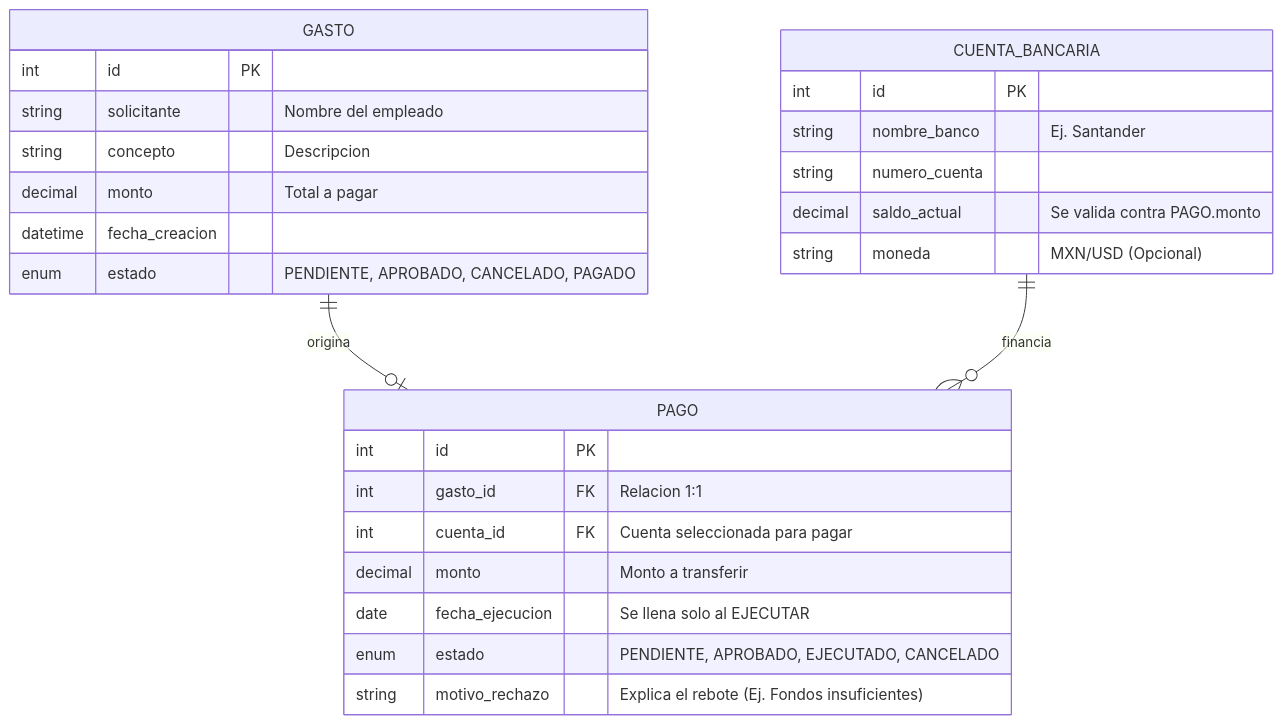
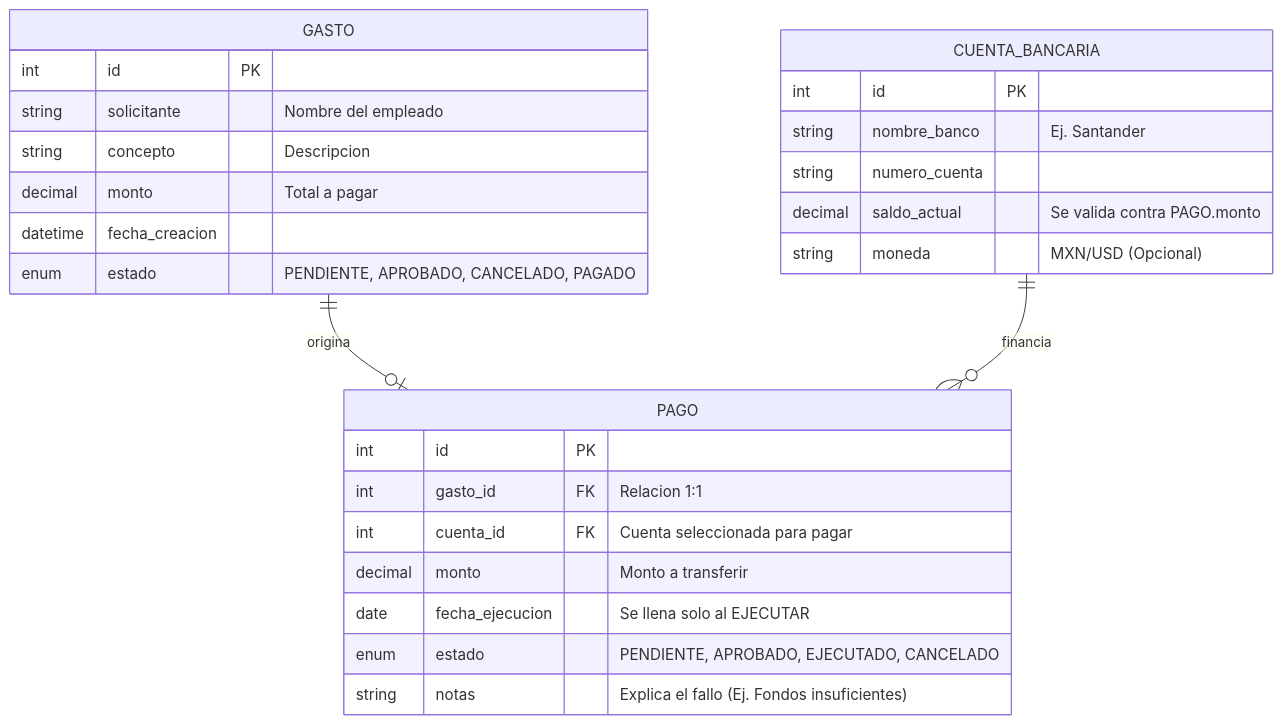
One commit to IsaacDrp/RGVV-Soluciones-Evaluacion changed the third of 3 diagrams in README.md. Above: the diagram before and after it, drawn with Mermaid.

Commit message:
correccion de diagrama ER

````diff
--- a/README.md
+++ b/README.md
@@ -149,33 +149,33 @@
 ```mermaid
 erDiagram
     GASTO {
         int id PK
         string solicitante "Nombre del empleado"
         string concepto "Descripcion"
         decimal monto "Total a pagar"
         datetime fecha_creacion
         enum estado "PENDIENTE, APROBADO, CANCELADO, PAGADO"
     }
 
     PAGO {
         int id PK
         int gasto_id FK "Relacion 1:1"
         int cuenta_id FK "Cuenta seleccionada para pagar"
         decimal monto "Monto a transferir"
         date fecha_ejecucion "Se llena solo al EJECUTAR"
         enum estado "PENDIENTE, APROBADO, EJECUTADO, CANCELADO"
-        string motivo_rechazo "Explica el rebote (Ej. Fondos insuficientes)"
+        string notas "Explica el fallo (Ej. Fondos insuficientes)"
     }
 
     CUENTA_BANCARIA {
         int id PK
         string nombre_banco "Ej. Santander"
         string numero_cuenta
         decimal saldo_actual "Se valida contra PAGO.monto"
         string moneda "MXN/USD (Opcional)"
     }
 
     %% Relaciones
     GASTO ||--o| PAGO : "origina"
     CUENTA_BANCARIA ||--o{ PAGO : "financia"
 ```
````
